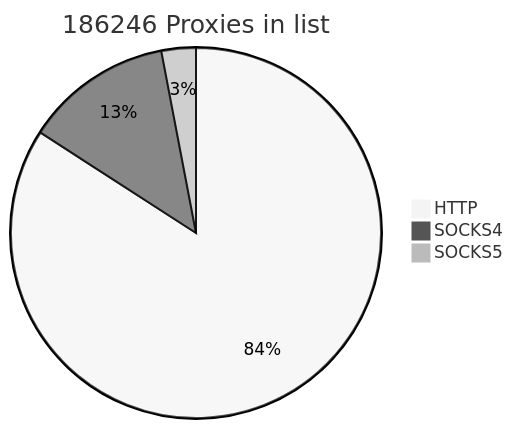
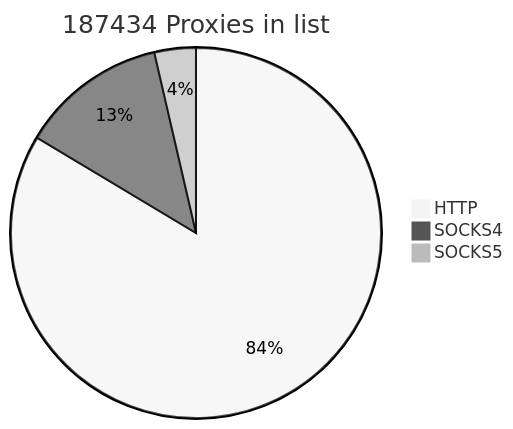
One commit to cutipu/proxylist changed the first of 2 diagrams in README.md. Above: the diagram before and after it, drawn with Mermaid (neutral theme). The commit also changed other lines of this file, not shown here.

````diff
--- a/README.md
+++ b/README.md
@@ -2,7 +2,7 @@
 ```mermaid
-pie title 186246 Proxies in list
+pie title 187434 Proxies in list
     "HTTP" : 156681
-    "SOCKS4" : 23970
-    "SOCKS5" : 5595
+    "SOCKS4" : 23971
+    "SOCKS5" : 6782
             
 ```
````
